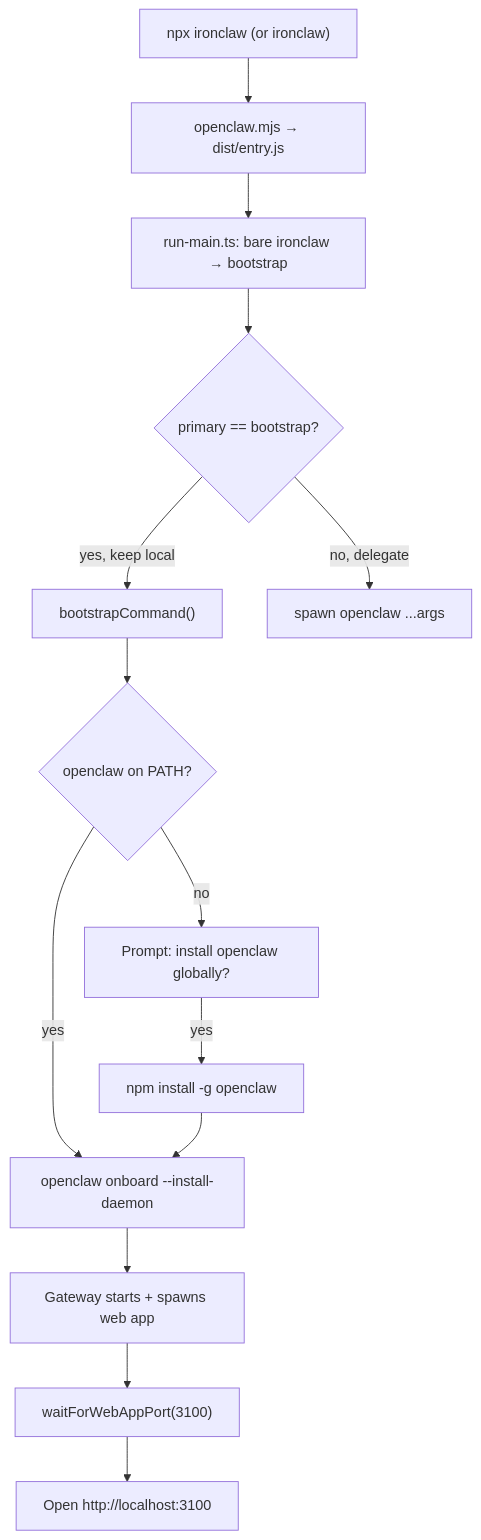
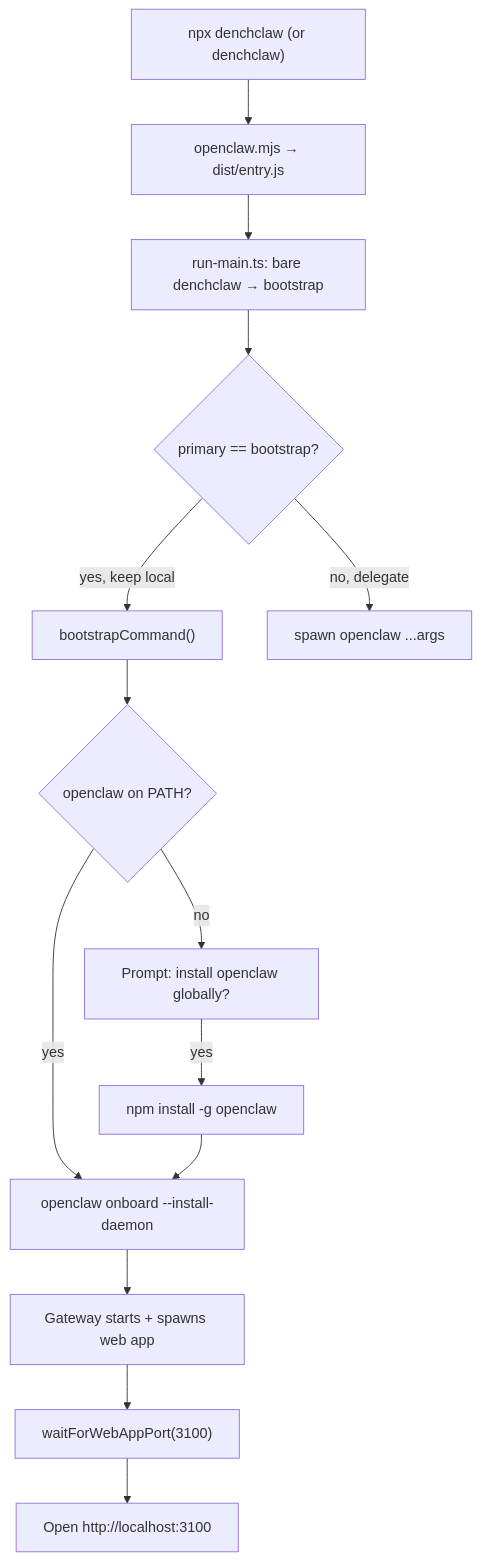
One commit to TopCS/crmaconsole changed the diagram in .cursor/plans/bootstrap_dev_testing_0b5817e5.plan.md. Above: the diagram before and after it, drawn with Mermaid. The commit also changed other lines of this file and 106 other files, not shown here.

Commit message:
npx denchclaw

````diff
--- a/.cursor/plans/bootstrap_dev_testing_0b5817e5.plan.md
+++ b/.cursor/plans/bootstrap_dev_testing_0b5817e5.plan.md
@@ -29,16 +29,16 @@
 ```mermaid
 flowchart TD
-    npx["npx ironclaw (or ironclaw)"] --> entry["openclaw.mjs → dist/entry.js"]
-    entry --> runMain["run-main.ts: bare ironclaw → bootstrap"]
+    npx["npx denchclaw (or denchclaw)"] --> entry["openclaw.mjs → dist/entry.js"]
+    entry --> runMain["run-main.ts: bare denchclaw → bootstrap"]
     runMain --> delegate{"primary == bootstrap?"}
     delegate -->|yes, keep local| bootstrap["bootstrapCommand()"]
     delegate -->|no, delegate| globalOC["spawn openclaw ...args"]
     bootstrap --> checkOC{"openclaw on PATH?"}
     checkOC -->|yes| onboard
     checkOC -->|no| prompt["Prompt: install openclaw globally?"]
     prompt -->|yes| npmInstall["npm install -g openclaw"]
     npmInstall --> onboard
     onboard["openclaw onboard --install-daemon"] --> gatewayStart["Gateway starts + spawns web app"]
     gatewayStart --> probe["waitForWebAppPort(3100)"]
     probe --> openBrowser["Open http://localhost:3100"]
 ```
````
